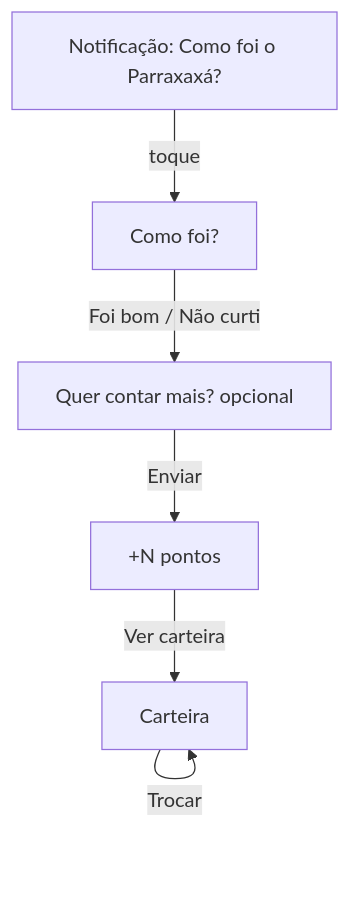
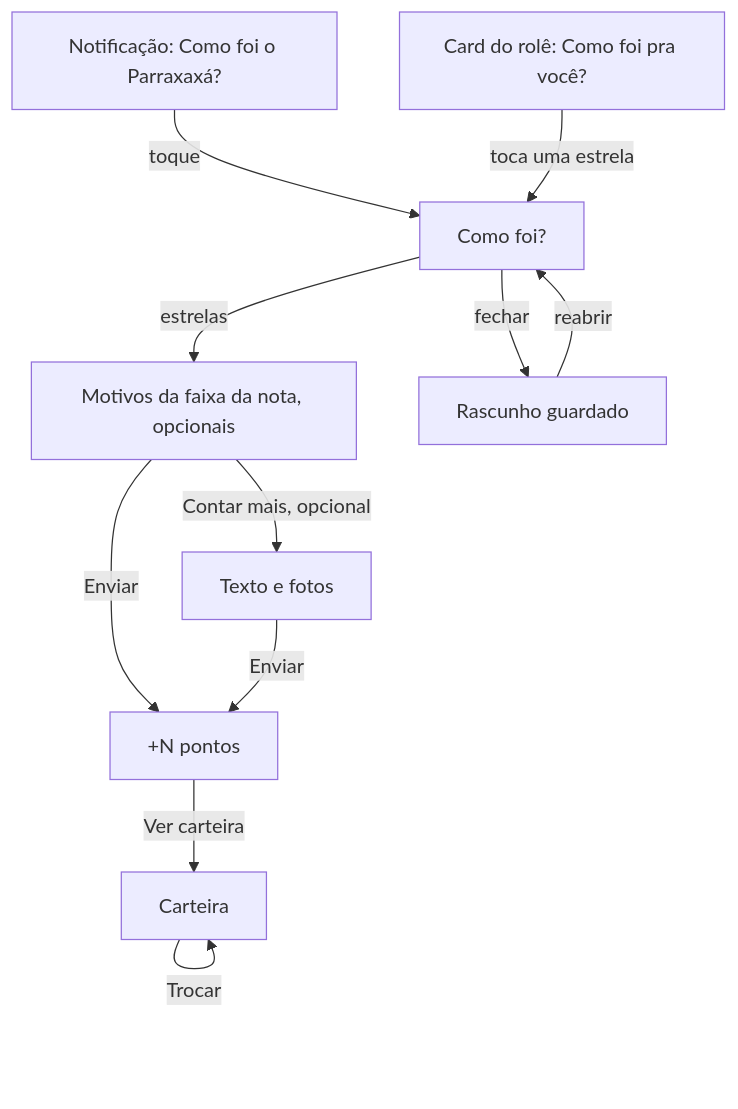
Before and after one commit to RodrigoPabloMelo/service-design: the diagram in docs/fluxos/depois.md, drawn with Mermaid. The commit also changed other lines of this file and 27 other files, not shown here.

First line of the commit message:
feat(avaliacoes): avaliações no card do rolê com estrelas e motivos rápidos

````diff
--- a/docs/fluxos/depois.md
+++ b/docs/fluxos/depois.md
@@ -8,8 +8,13 @@
 ```mermaid
 flowchart TD
   N[Notificação: Como foi o Parraxaxá?] -->|toque| S[Como foi?]
-  S -->|Foi bom / Não curti| M[Quer contar mais? opcional]
+  C[Card do rolê: Como foi pra você?] -->|toca uma estrela| S
+  S -->|estrelas| M[Motivos da faixa da nota, opcionais]
+  M -->|Contar mais, opcional| T[Texto e fotos]
   M -->|Enviar| D[+N pontos]
+  T -->|Enviar| D
+  S -->|fechar| R[Rascunho guardado]
+  R -->|reabrir| S
   D -->|Ver carteira| W[Carteira]
   W -->|Trocar| W
 ```
````
